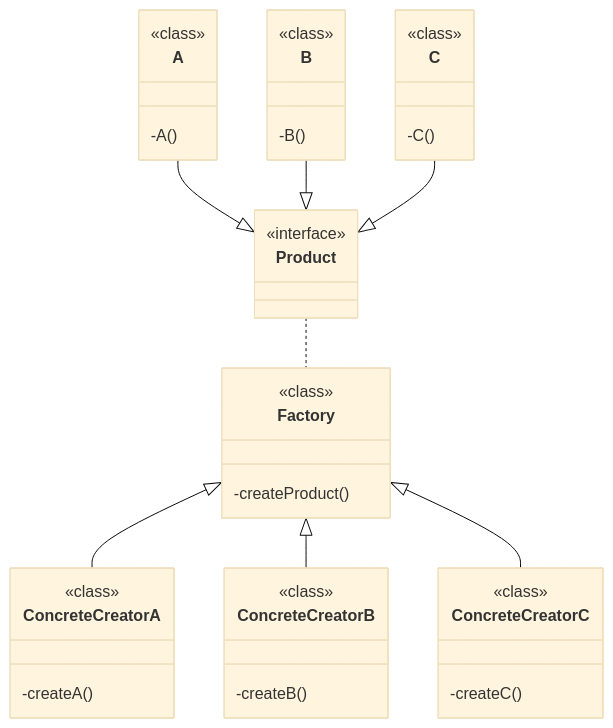
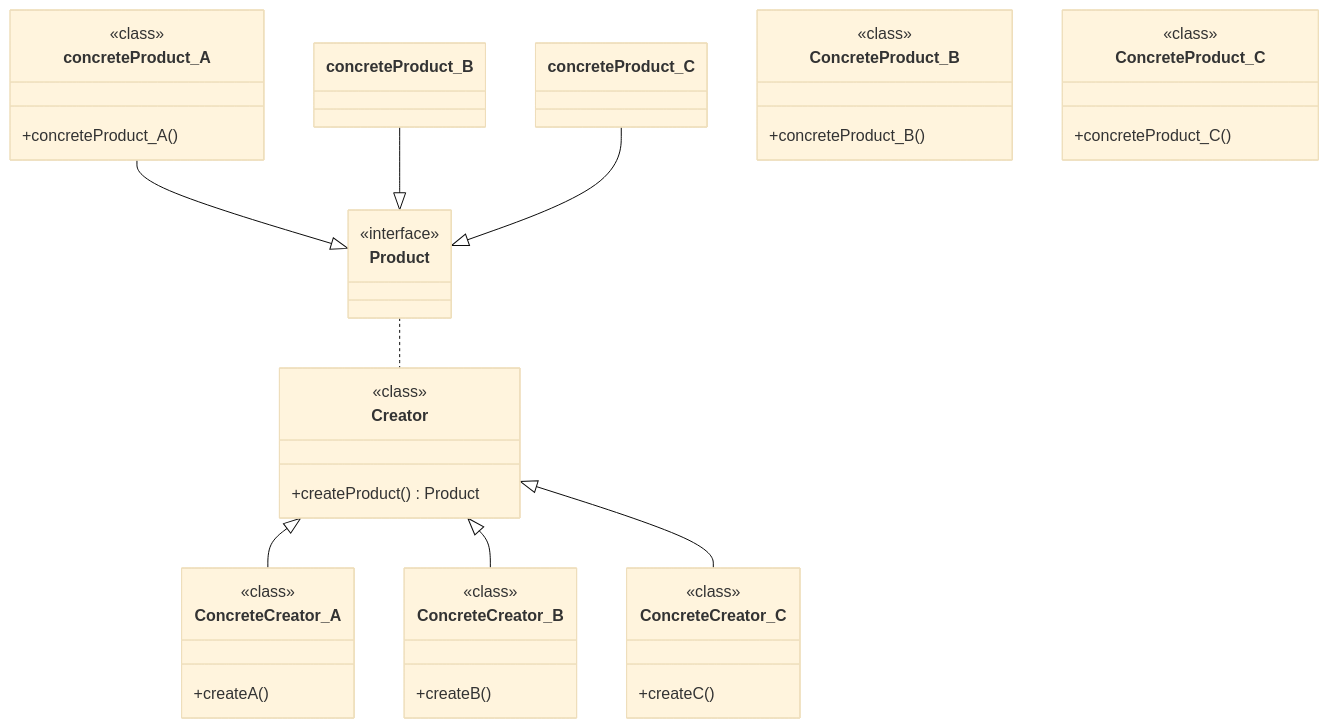
The diagram in Programming/Patterns/data/FactoryMethod.md (angelromarco04/MyNotes), drawn with Mermaid (base theme) before and after one commit.

Commit message:
vault backup: 2024-03-16 13:14:37

````diff
--- a/Programming/Patterns/data/FactoryMethod.md
+++ b/Programming/Patterns/data/FactoryMethod.md
@@ -27,51 +27,51 @@
 ```mermaid
 classDiagram
 direction TB
-A --|> Product
-B --|> Product
-C --|> Product
-Product .. Factory
-Factory <|-- ConcreteCreatorA
-Factory <|-- ConcreteCreatorB
-Factory <|-- ConcreteCreatorC
+concreteProduct_A --|> Product
+concreteProduct_B --|> Product
+concreteProduct_C --|> Product
+Product .. Creator
+Creator <|-- ConcreteCreator_A
+Creator <|-- ConcreteCreator_B
+Creator <|-- ConcreteCreator_C
 
 class Product {
 	<<interface>>
 }
 
-class A {
+class concreteProduct_A {
 	<<class>>
-	-A()
+	+concreteProduct_A()
 }
 
-class B {
+class ConcreteProduct_B {
 	<<class>>
-	-B()
+	+concreteProduct_B()
 }
 
-class C {
+class ConcreteProduct_C {
 	<<class>>
-	-C()
+	+concreteProduct_C()
 }
 
-class Factory {
+class Creator {
 	<<class>>
-	-createProduct()
+	+createProduct() Product
 }
 
-class ConcreteCreatorA {
+class ConcreteCreator_A {
 	<<class>>
-	-createA()
+	+createA()
 }
 
-class ConcreteCreatorB {
+class ConcreteCreator_B {
 	<<class>>
-	-createB()
+	+createB()
 }
 
-class ConcreteCreatorC {
+class ConcreteCreator_C {
 	<<class>>
-	-createC()
+	+createC()
 }
 
 ```
````
